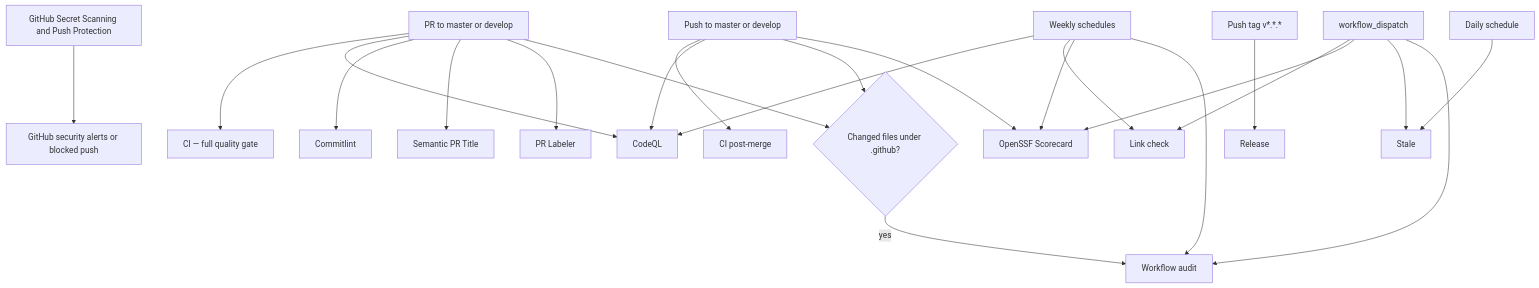
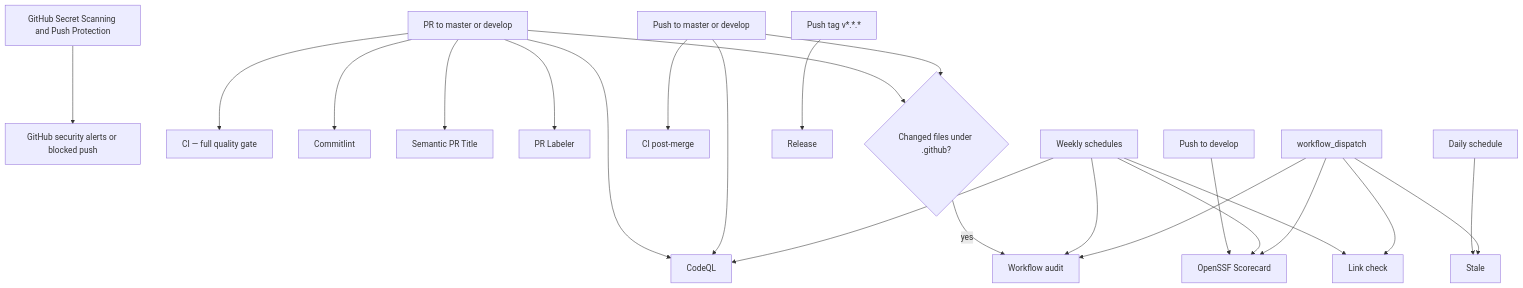
The first of 2 diagrams in WORKFLOWS.md (jooservices/go-jabledownloader), drawn with Mermaid before and after one commit. The commit also changed other lines of this file and 1 other file, not shown here.

Commit message:
ci: Run OpenSSF Scorecard only on develop
publish_results requires the repository default branch; master pushes were failing the Scorecard check.

````diff
--- a/WORKFLOWS.md
+++ b/WORKFLOWS.md
@@ -12,31 +12,31 @@
 ```mermaid
 flowchart TD
     native[GitHub Secret Scanning and Push Protection] --> Alerts[GitHub security alerts or blocked push]
 
     pr[PR to master or develop] --> CI[CI — full quality gate]
     pr --> CodeQL[CodeQL]
     pr --> Commitlint[Commitlint]
     pr --> Semantic[Semantic PR Title]
     pr --> PathLabel[PR Labeler]
     pr --> Audit{Changed files under .github?}
     Audit -->|yes| WorkflowAudit[Workflow audit]
 
     push[Push to master or develop] --> PostMerge[CI post-merge]
     push --> CodeQL
     push --> Audit
-    push --> Scorecard[OpenSSF Scorecard]
+    developPush[Push to develop] --> Scorecard[OpenSSF Scorecard]
 
     tag[Push tag v*.*.*] --> Release[Release]
 
     weekly[Weekly schedules] --> CodeQL
     weekly --> LinkCheck[Link check]
     weekly --> Scorecard
     weekly --> WorkflowAudit
 
     daily[Daily schedule] --> Stale[Stale]
 
     manual[workflow_dispatch] --> LinkCheck
     manual --> Scorecard
     manual --> Stale
     manual --> WorkflowAudit
 ```
````
